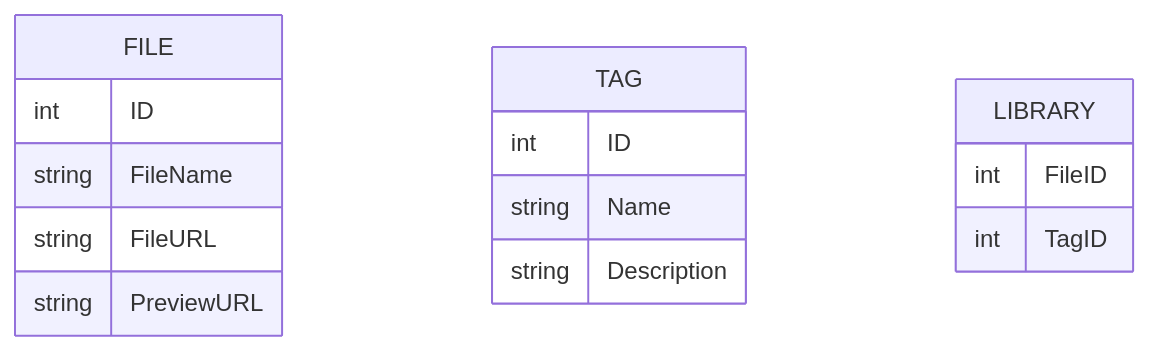
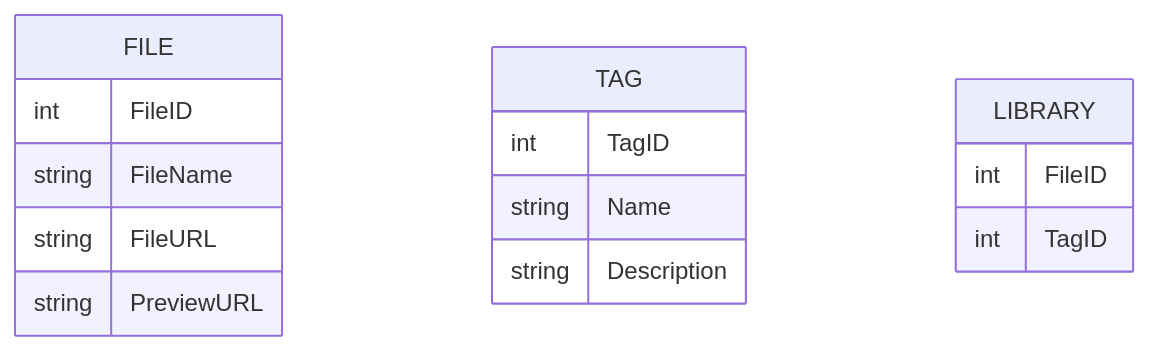
The diagram in docs/ARCHITECTURE.md (turret-detected/bibliotheca), drawn with Mermaid before and after one commit. The commit also changed 8 other files, not shown here.

````diff
--- a/docs/ARCHITECTURE.md
+++ b/docs/ARCHITECTURE.md
@@ -12,22 +12,22 @@
 ```mermaid
 erDiagram
 
 FILE {
-    int ID
+    int FileID
     string FileName
     string FileURL
     string PreviewURL
 }
 
 TAG {
-    int ID
+    int TagID
     string Name
     string Description
 }
 
 LIBRARY {
     int FileID
     int TagID
 }
 
 ```
````
